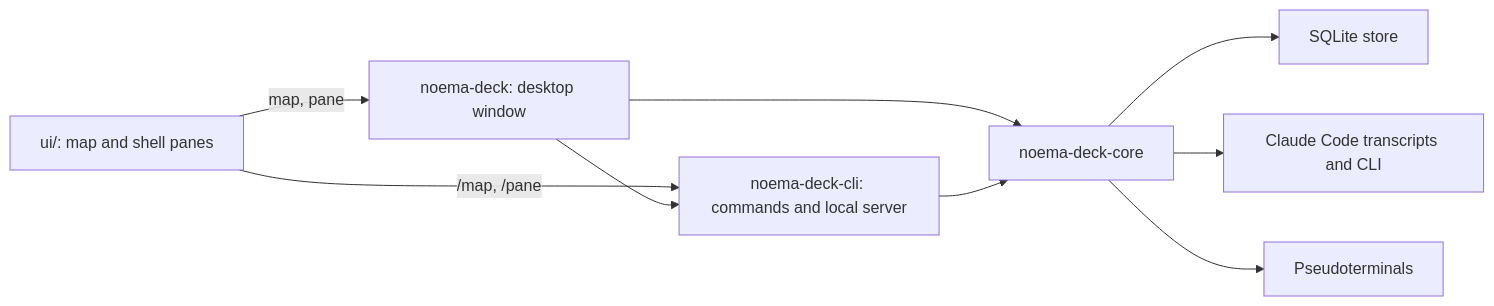
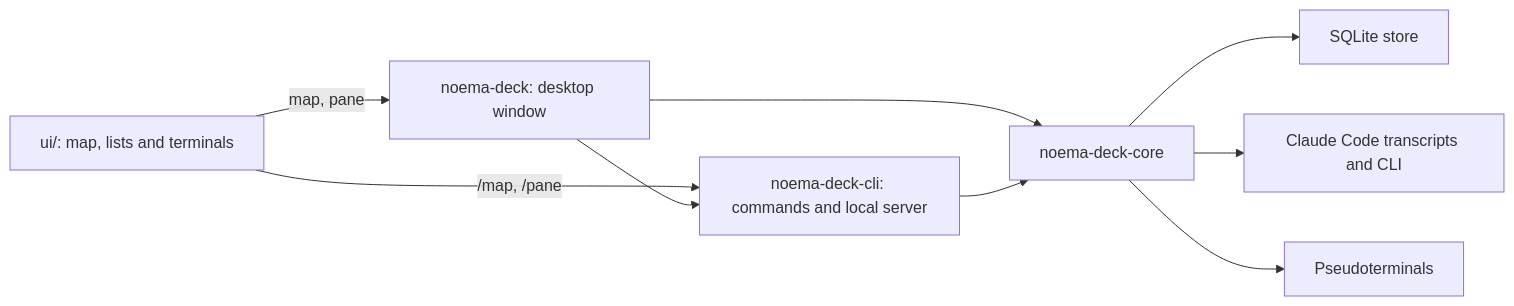
One commit to noema-kit/noema-deck changed the first of 2 diagrams in docs/architecture.md. Above: the diagram before and after it, drawn with Mermaid. The commit also changed other lines of this file and 4 other files, not shown here.

````diff
--- a/docs/architecture.md
+++ b/docs/architecture.md
@@ -7,11 +7,11 @@
 ```mermaid
 flowchart LR
-    UI["ui/: map and shell panes"] -->|map, pane| APP["noema-deck: desktop window"]
+    UI["ui/: map, lists and terminals"] -->|map, pane| APP["noema-deck: desktop window"]
     UI -->|/map, /pane| CLI["noema-deck-cli: commands and local server"]
     APP --> CLI
     APP --> CORE["noema-deck-core"]
     CLI --> CORE
     CORE --> S["SQLite store"]
     CORE --> A["Claude Code transcripts and CLI"]
     CORE --> T["Pseudoterminals"]
 ```
````
